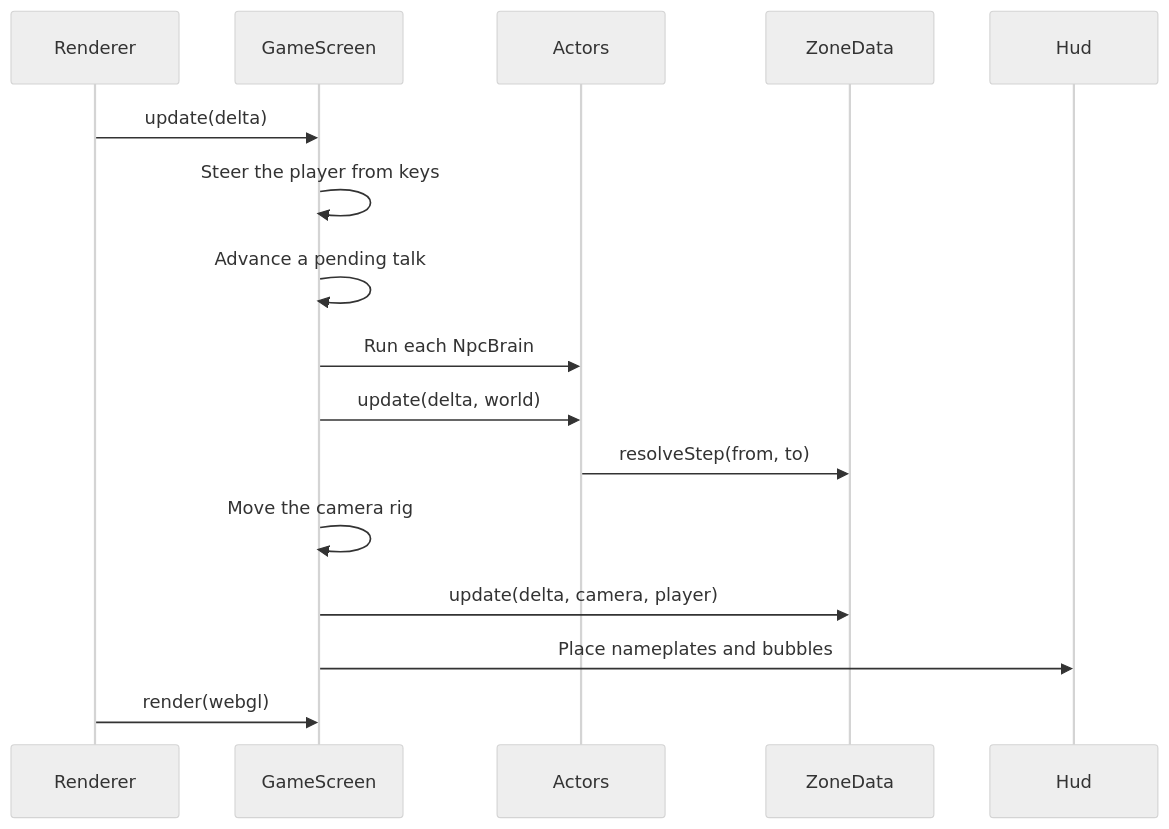
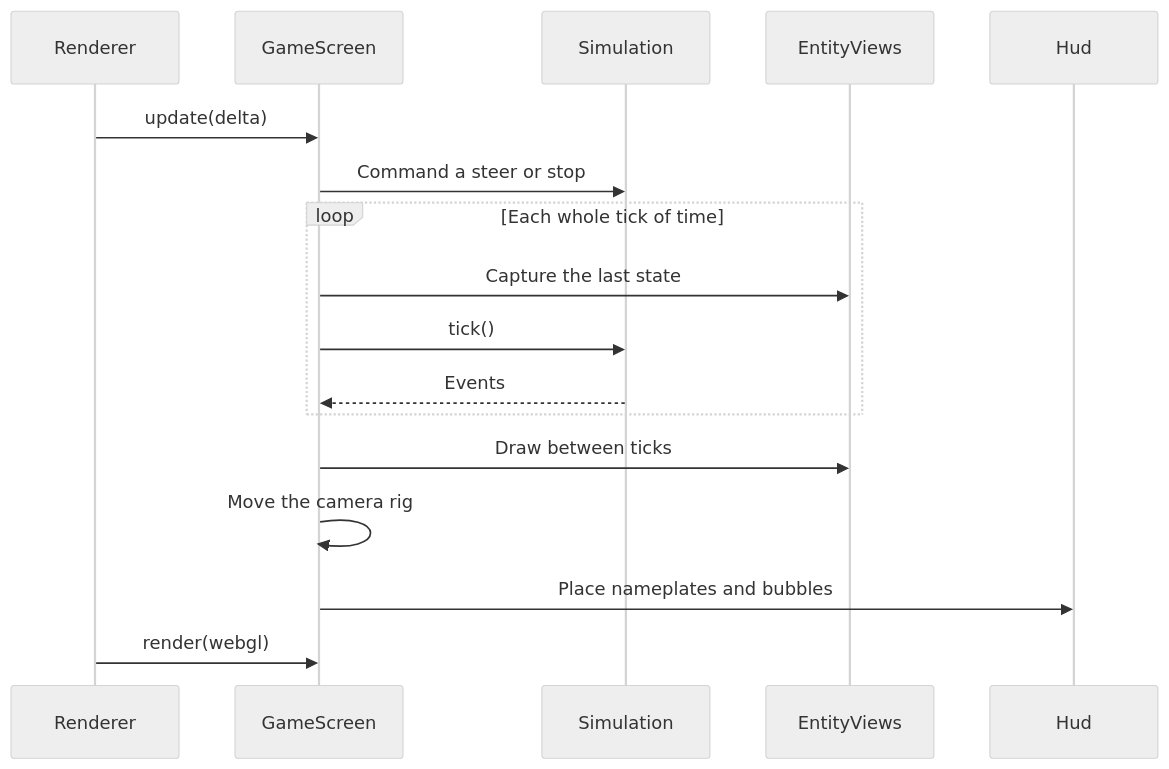
Before and after one commit to booshie-uuid/foreverquest: the second of 2 diagrams in docs/architecture.md, drawn with Mermaid (neutral theme). The commit also changed other lines of this file and 21 other files, not shown here.

First line of the commit message:
Split the simulation from rendering on a fixed tick

````diff
--- a/docs/architecture.md
+++ b/docs/architecture.md
@@ -70,22 +76,23 @@
 ```mermaid
 sequenceDiagram
     accTitle: One Game Frame
-    accDescr: The renderer asks the game screen to update; the screen reads input, advances talking, villagers and actors, moves the camera, updates the world and the HUD, and then the renderer draws the scene
+    accDescr: The game screen turns keys into commands, runs as many fixed ticks as the time allows, then draws each view between ticks and moves the camera and the HUD
 
     participant renderer as Renderer
     participant screen as GameScreen
-    participant actors as Actors
-    participant world as ZoneData
+    participant sim as Simulation
+    participant views as EntityViews
     participant hud as Hud
 
     renderer->>screen: update(delta)
-    screen->>screen: Steer the player from keys
-    screen->>screen: Advance a pending talk
-    screen->>actors: Run each NpcBrain
-    screen->>actors: update(delta, world)
-    actors->>world: resolveStep(from, to)
+    screen->>sim: Command a steer or stop
+    loop Each whole tick of time
+        screen->>views: Capture the last state
+        screen->>sim: tick()
+        sim-->>screen: Events
+    end
+    screen->>views: Draw between ticks
     screen->>screen: Move the camera rig
-    screen->>world: update(delta, camera, player)
     screen->>hud: Place nameplates and bubbles
     renderer->>screen: render(webgl)
 ```
````
